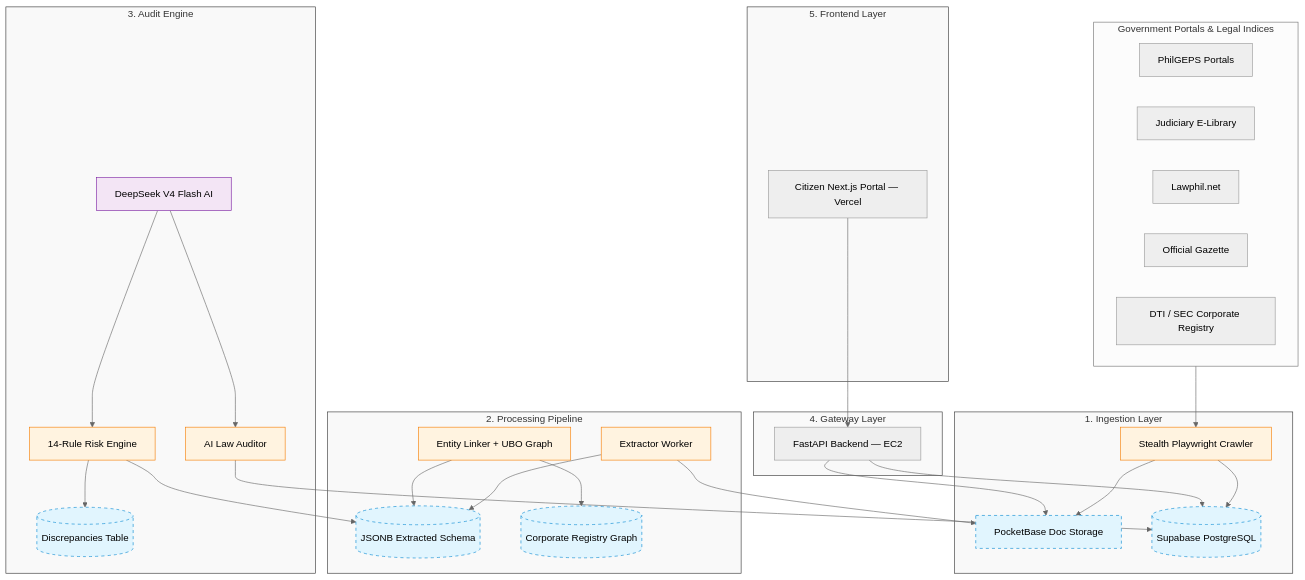
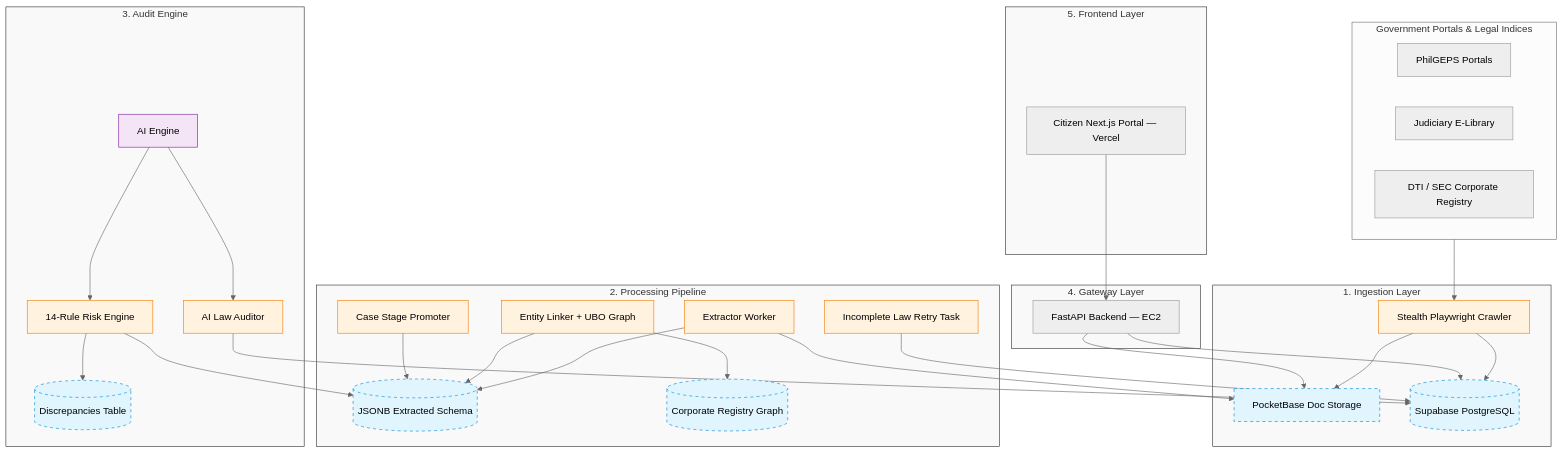
Before and after one commit to santimacorp-droid/veritas-ph: the diagram in README.md, drawn with Mermaid (neutral theme). The commit also changed other lines of this file, not shown here.

Commit message:
Update README.md: align system architecture diagram, background tasks, and project nomenclature

````diff
--- a/README.md
+++ b/README.md
@@ -47,47 +47,47 @@
 ```mermaid
 graph TD
     classDef layer fill:#f9f9f9,stroke:#333,stroke-width:1px;
     classDef db fill:#e1f5fe,stroke:#0288d1,stroke-width:1px,stroke-dasharray: 5 5;
     classDef worker fill:#fff3e0,stroke:#f57c00,stroke-width:1px;
     classDef ai fill:#f3e5f5,stroke:#7b1fa2,stroke-width:1px;
 
     subgraph Sources [Government Portals & Legal Indices]
         PhilGEPS[PhilGEPS Portals]
         ELib[Judiciary E-Library]
-        Lawphil[Lawphil.net]
-        OfficialGazette[Official Gazette]
         DTI[DTI / SEC Corporate Registry]
     end
 
     subgraph Ingestion [1. Ingestion Layer]
         Crawler[Stealth Playwright Crawler]:::worker --> Docs[PocketBase Doc Storage]:::db
         Crawler --> MetadataDB[(Supabase PostgreSQL)]:::db
     end
 
     subgraph Processing [2. Processing Pipeline]
         Extractor[Extractor Worker]:::worker --> Docs
         Extractor --> Extractions[(JSONB Extracted Schema)]:::db
         Linker[Entity Linker + UBO Graph]:::worker --> Extractions
         Linker --> CrossRefs[(Corporate Registry Graph)]:::db
+        CaseUpdater[Case Stage Promoter]:::worker --> Extractions
+        LawUpdater[Incomplete Law Retry Task]:::worker --> MetadataDB
     end
 
     subgraph Risk [3. Audit Engine]
         RiskEngine[14-Rule Risk Engine]:::worker --> Extractions
         RiskEngine --> Discrepancies[(Discrepancies Table)]:::db
-        DeepSeek[DeepSeek V4 Flash AI]:::ai --> RiskEngine
+        LLM[AI Engine]:::ai --> RiskEngine
         LawAnalyzer[AI Law Auditor]:::worker --> MetadataDB
-        DeepSeek --> LawAnalyzer
+        LLM --> LawAnalyzer
     end
 
     subgraph API [4. Gateway Layer]
         FastAPI[FastAPI Backend — EC2] --> MetadataDB
         FastAPI --> Docs
     end
 
     subgraph UI [5. Frontend Layer]
         PublicWeb[Citizen Next.js Portal — Vercel] --> FastAPI
     end
 
     Sources --> Crawler
     class Ingestion,Processing,Risk,API,UI layer;
 ```
````
